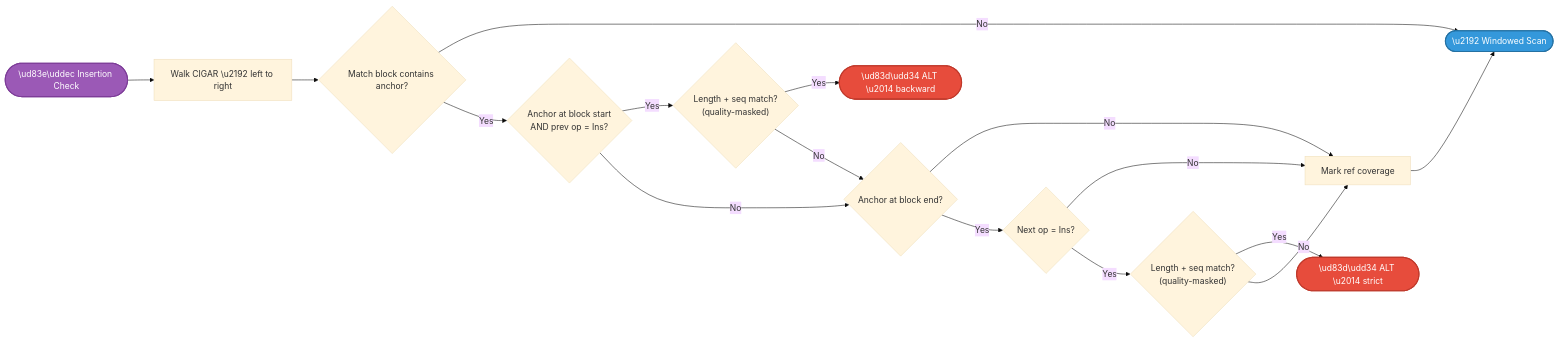
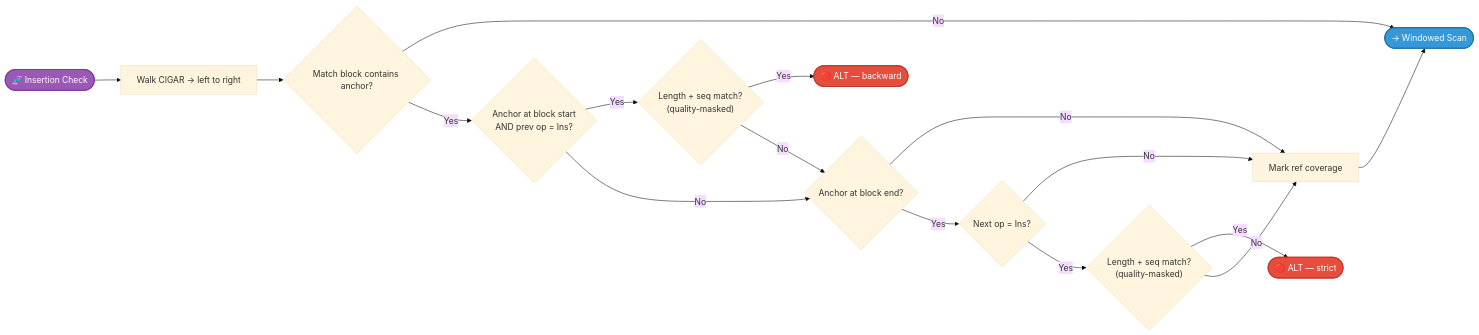
One commit to msk-access/gbcms changed the third of 12 diagrams in docs/reference/allele-classification.md. Above: the diagram before and after it, drawn with Mermaid (base theme). The commit also changed other lines of this file and 4 other files, not shown here.

````diff
--- a/docs/reference/allele-classification.md
+++ b/docs/reference/allele-classification.md
@@ -123,22 +123,22 @@
 ```mermaid
 flowchart LR
-    Start(["\ud83e\uddec Insertion Check"]):::start --> Walk["Walk CIGAR \u2192 left to right"]
+    Start(["🧬 Insertion Check"]):::start --> Walk["Walk CIGAR → left to right"]
     Walk --> MatchBlk{"Match block contains anchor?"}
-    MatchBlk -->|No| WinCheck(["\u2192 Windowed Scan"]):::next
+    MatchBlk -->|No| WinCheck(["→ Windowed Scan"]):::next
     MatchBlk -->|Yes| Bwd{"Anchor at block start\nAND prev op = Ins?"}
     Bwd -->|Yes| BwdMatch{"Length + seq match?\n(quality-masked)"}
-    BwdMatch -->|Yes| BWAlt(["\ud83d\udd34 ALT \u2014 backward"]):::alt
+    BwdMatch -->|Yes| BWAlt(["🔴 ALT — backward"]):::alt
     BwdMatch -->|No| Fwd
     Bwd -->|No| Fwd{"Anchor at block end?"}
     Fwd -->|No| RefCov["Mark ref coverage"]
     Fwd -->|Yes| Next{"Next op = Ins?"}
     Next -->|No| RefCov
     Next -->|Yes| StrictMatch{"Length + seq match?\n(quality-masked)"}
-    StrictMatch -->|Yes| StrictAlt(["\ud83d\udd34 ALT \u2014 strict"]):::alt
+    StrictMatch -->|Yes| StrictAlt(["🔴 ALT — strict"]):::alt
     StrictMatch -->|No| RefCov
     RefCov --> WinCheck
 
     classDef start fill:#9b59b6,color:#fff,stroke:#7d3c98,stroke-width:2px;
     classDef next fill:#3498db,color:#fff,stroke:#2471a3,stroke-width:2px;
     classDef alt fill:#e74c3c,color:#fff,stroke:#c0392b,stroke-width:2px;
 ```
````
